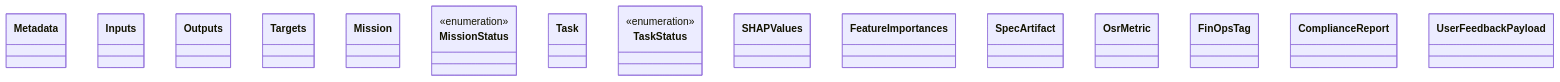
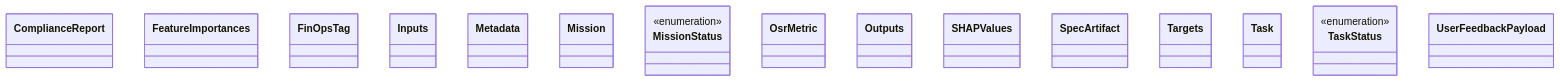
One commit to lgcorzo/rust_CACD_autonomous_factory changed the first of 2 diagrams in openwiki/crates_factory-core_src_lib_rs.md. Above: the diagram before and after it, drawn with Mermaid. The commit also changed other lines of this file and 78 other files, not shown here.

````diff
--- a/openwiki/crates_factory-core_src_lib_rs.md
+++ b/openwiki/crates_factory-core_src_lib_rs.md
@@ -499,37 +499,37 @@
 ```mermaid
 classDiagram
     direction BT
-    class Metadata {
+    class ComplianceReport {
+    }
+    class FeatureImportances {
+    }
+    class FinOpsTag {
     }
     class Inputs {
     }
-    class Outputs {
-    }
-    class Targets {
+    class Metadata {
     }
     class Mission {
     }
     class MissionStatus {
         <<enumeration>>
     }
+    class OsrMetric {
+    }
+    class Outputs {
+    }
+    class SHAPValues {
+    }
+    class SpecArtifact {
+    }
+    class Targets {
+    }
     class Task {
     }
     class TaskStatus {
         <<enumeration>>
     }
-    class SHAPValues {
-    }
-    class FeatureImportances {
-    }
-    class SpecArtifact {
-    }
-    class OsrMetric {
-    }
-    class FinOpsTag {
-    }
-    class ComplianceReport {
-    }
     class UserFeedbackPayload {
     }
 
 ```
````
